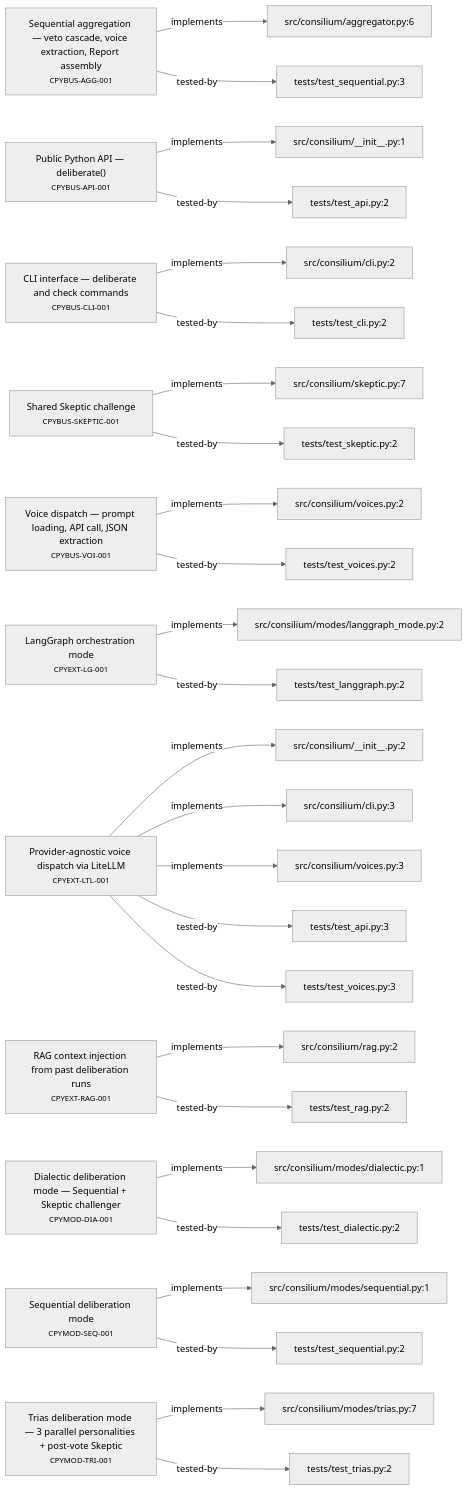
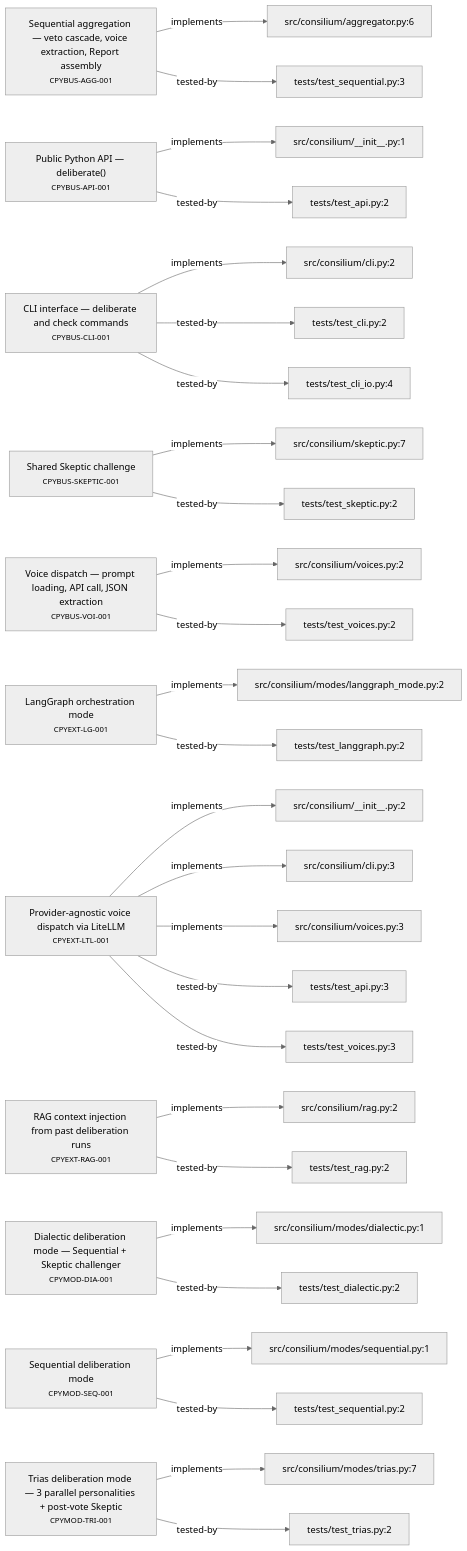
One commit to alxmax/Consilium-py changed the second of 4 diagrams in requirements/_map.md. Above: the diagram before and after it, drawn with Mermaid (neutral theme). The commit also changed other lines of this file and 15 other files, not shown here.

````diff
--- a/requirements/_map.md
+++ b/requirements/_map.md
@@ -47,64 +47,66 @@
 ```mermaid
 graph LR
   CPYBUS_AGG_001["Sequential aggregation — veto cascade, voice extraction, Report assembly<br><small>CPYBUS-AGG-001</small>"]
   f_src_consilium_aggregator_py_6["src/consilium/aggregator.py:6"]
   CPYBUS_AGG_001 -->|implements| f_src_consilium_aggregator_py_6
   f_tests_test_sequential_py_3["tests/test_sequential.py:3"]
   CPYBUS_AGG_001 -->|tested-by| f_tests_test_sequential_py_3
   CPYBUS_API_001["Public Python API — deliberate()<br><small>CPYBUS-API-001</small>"]
   f_src_consilium___init___py_1["src/consilium/__init__.py:1"]
   CPYBUS_API_001 -->|implements| f_src_consilium___init___py_1
   f_tests_test_api_py_2["tests/test_api.py:2"]
   CPYBUS_API_001 -->|tested-by| f_tests_test_api_py_2
   CPYBUS_CLI_001["CLI interface — deliberate and check commands<br><small>CPYBUS-CLI-001</small>"]
   f_src_consilium_cli_py_2["src/consilium/cli.py:2"]
   CPYBUS_CLI_001 -->|implements| f_src_consilium_cli_py_2
   f_tests_test_cli_py_2["tests/test_cli.py:2"]
   CPYBUS_CLI_001 -->|tested-by| f_tests_test_cli_py_2
+  f_tests_test_cli_io_py_4["tests/test_cli_io.py:4"]
+  CPYBUS_CLI_001 -->|tested-by| f_tests_test_cli_io_py_4
   CPYBUS_SKEPTIC_001["Shared Skeptic challenge<br><small>CPYBUS-SKEPTIC-001</small>"]
   f_src_consilium_skeptic_py_7["src/consilium/skeptic.py:7"]
   CPYBUS_SKEPTIC_001 -->|implements| f_src_consilium_skeptic_py_7
   f_tests_test_skeptic_py_2["tests/test_skeptic.py:2"]
   CPYBUS_SKEPTIC_001 -->|tested-by| f_tests_test_skeptic_py_2
   CPYBUS_VOI_001["Voice dispatch — prompt loading, API call, JSON extraction<br><small>CPYBUS-VOI-001</small>"]
   f_src_consilium_voices_py_2["src/consilium/voices.py:2"]
   CPYBUS_VOI_001 -->|implements| f_src_consilium_voices_py_2
   f_tests_test_voices_py_2["tests/test_voices.py:2"]
   CPYBUS_VOI_001 -->|tested-by| f_tests_test_voices_py_2
   CPYEXT_LG_001["LangGraph orchestration mode<br><small>CPYEXT-LG-001</small>"]
   f_src_consilium_modes_langgraph_mode_py_2["src/consilium/modes/langgraph_mode.py:2"]
   CPYEXT_LG_001 -->|implements| f_src_consilium_modes_langgraph_mode_py_2
   f_tests_test_langgraph_py_2["tests/test_langgraph.py:2"]
   CPYEXT_LG_001 -->|tested-by| f_tests_test_langgraph_py_2
   CPYEXT_LTL_001["Provider-agnostic voice dispatch via LiteLLM<br><small>CPYEXT-LTL-001</small>"]
   f_src_consilium___init___py_2["src/consilium/__init__.py:2"]
   CPYEXT_LTL_001 -->|implements| f_src_consilium___init___py_2
   f_src_consilium_cli_py_3["src/consilium/cli.py:3"]
   CPYEXT_LTL_001 -->|implements| f_src_consilium_cli_py_3
   f_src_consilium_voices_py_3["src/consilium/voices.py:3"]
   CPYEXT_LTL_001 -->|implements| f_src_consilium_voices_py_3
   f_tests_test_api_py_3["tests/test_api.py:3"]
   CPYEXT_LTL_001 -->|tested-by| f_tests_test_api_py_3
   f_tests_test_voices_py_3["tests/test_voices.py:3"]
   CPYEXT_LTL_001 -->|tested-by| f_tests_test_voices_py_3
   CPYEXT_RAG_001["RAG context injection from past deliberation runs<br><small>CPYEXT-RAG-001</small>"]
   f_src_consilium_rag_py_2["src/consilium/rag.py:2"]
   CPYEXT_RAG_001 -->|implements| f_src_consilium_rag_py_2
   f_tests_test_rag_py_2["tests/test_rag.py:2"]
   CPYEXT_RAG_001 -->|tested-by| f_tests_test_rag_py_2
   CPYMOD_DIA_001["Dialectic deliberation mode — Sequential + Skeptic challenger<br><small>CPYMOD-DIA-001</small>"]
   f_src_consilium_modes_dialectic_py_1["src/consilium/modes/dialectic.py:1"]
   CPYMOD_DIA_001 -->|implements| f_src_consilium_modes_dialectic_py_1
   f_tests_test_dialectic_py_2["tests/test_dialectic.py:2"]
   CPYMOD_DIA_001 -->|tested-by| f_tests_test_dialectic_py_2
   CPYMOD_SEQ_001["Sequential deliberation mode<br><small>CPYMOD-SEQ-001</small>"]
   f_src_consilium_modes_sequential_py_1["src/consilium/modes/sequential.py:1"]
   CPYMOD_SEQ_001 -->|implements| f_src_consilium_modes_sequential_py_1
   f_tests_test_sequential_py_2["tests/test_sequential.py:2"]
   CPYMOD_SEQ_001 -->|tested-by| f_tests_test_sequential_py_2
   CPYMOD_TRI_001["Trias deliberation mode — 3 parallel personalities + post-vote Skeptic<br><small>CPYMOD-TRI-001</small>"]
   f_src_consilium_modes_trias_py_7["src/consilium/modes/trias.py:7"]
   CPYMOD_TRI_001 -->|implements| f_src_consilium_modes_trias_py_7
   f_tests_test_trias_py_2["tests/test_trias.py:2"]
   CPYMOD_TRI_001 -->|tested-by| f_tests_test_trias_py_2
 ```
````
